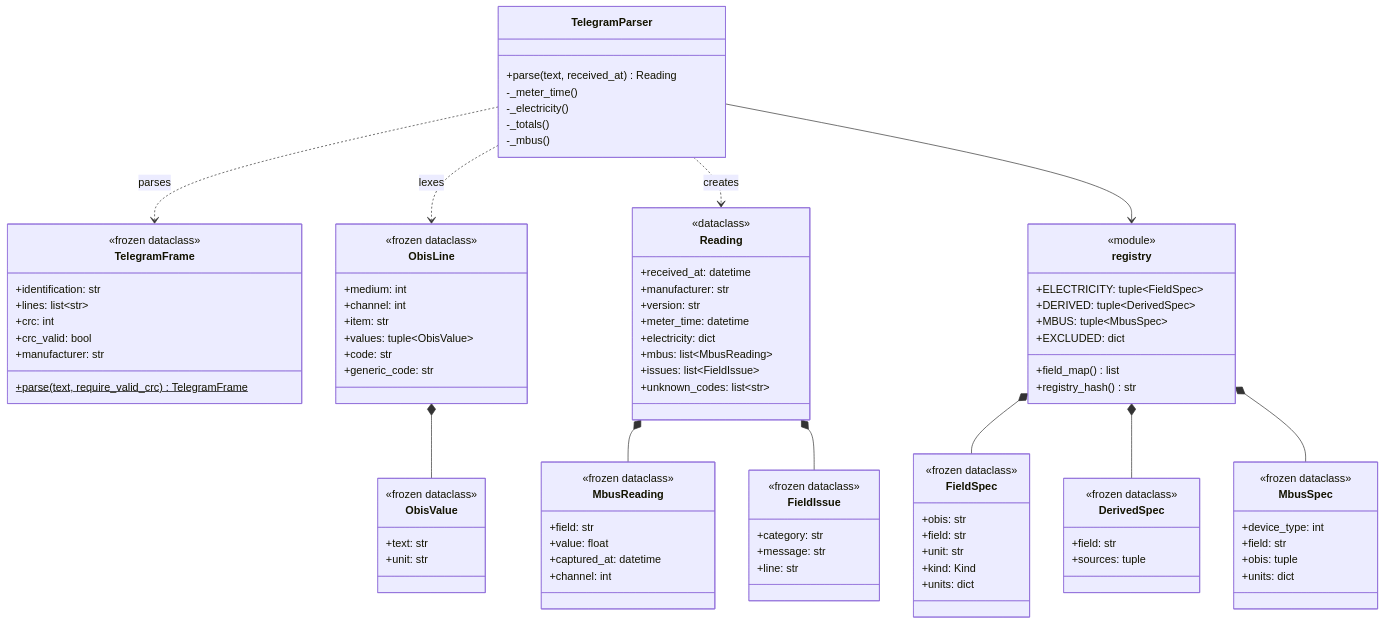
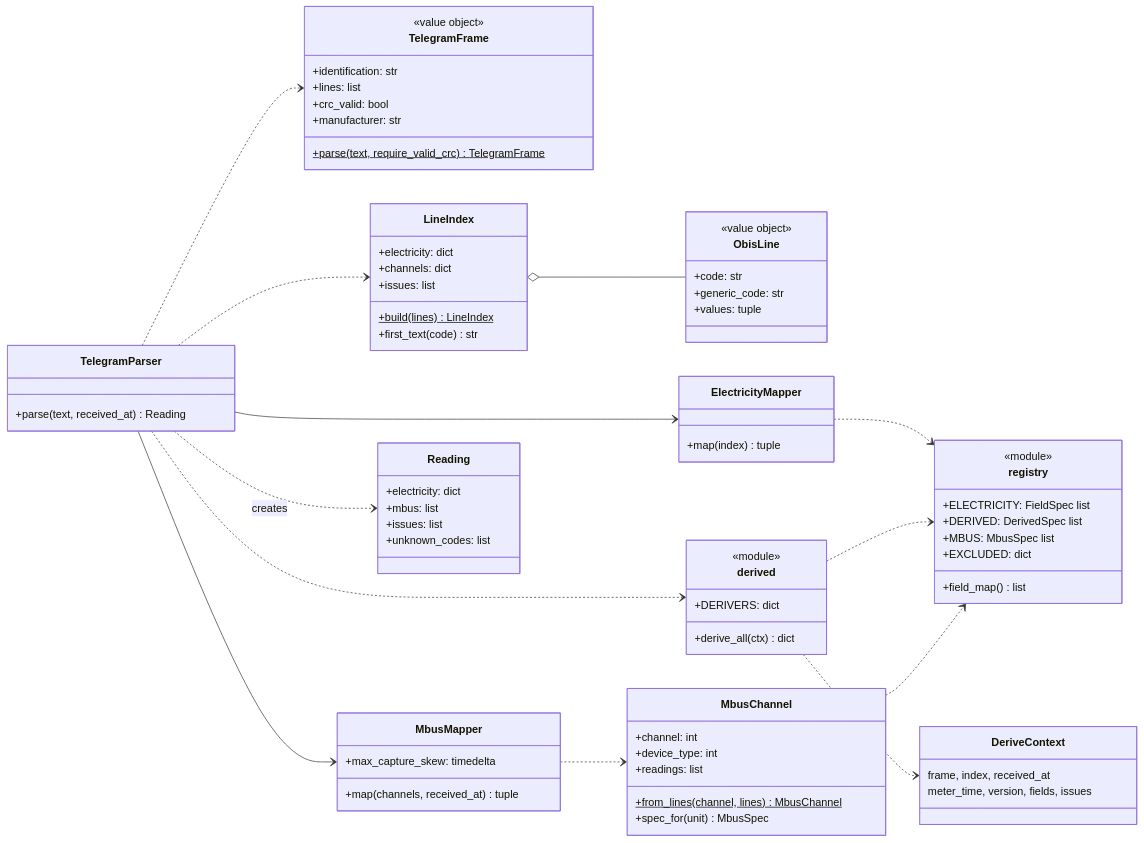
One commit to AvansETI/emon2influx-parser changed the third of 6 diagrams in doc/class-diagram.md. Above: the diagram before and after it, drawn with Mermaid. The commit also changed other lines of this file and 36 other files, not shown here.

````diff
--- a/doc/class-diagram.md
+++ b/doc/class-diagram.md
@@ -161,97 +137,78 @@
 ```mermaid
 classDiagram
+    direction LR
     class TelegramParser {
         +parse(text, received_at) Reading
-        -_meter_time()
-        -_electricity()
-        -_totals()
-        -_mbus()
     }
     class TelegramFrame {
-        <<frozen dataclass>>
+        <<value object>>
         +identification: str
-        +lines: list~str~
-        +crc: int
+        +lines: list
         +crc_valid: bool
         +manufacturer: str
         +parse(text, require_valid_crc)$ TelegramFrame
     }
+    class LineIndex {
+        +electricity: dict
+        +channels: dict
+        +issues: list
+        +build(lines)$ LineIndex
+        +first_text(code) str
+    }
     class ObisLine {
-        <<frozen dataclass>>
-        +medium: int
-        +channel: int
-        +item: str
-        +values: tuple~ObisValue~
+        <<value object>>
         +code: str
         +generic_code: str
+        +values: tuple
     }
-    class ObisValue {
-        <<frozen dataclass>>
-        +text: str
-        +unit: str
+    class ElectricityMapper {
+        +map(index) tuple
+    }
+    class derived {
+        <<module>>
+        +DERIVERS: dict
+        +derive_all(ctx) dict
+    }
+    class DeriveContext {
+        frame, index, received_at
+        meter_time, version, fields, issues
+    }
+    class MbusChannel {
+        +channel: int
+        +device_type: int
+        +readings: list
+        +from_lines(channel, lines)$ MbusChannel
+        +spec_for(unit) MbusSpec
+    }
+    class MbusMapper {
+        +max_capture_skew: timedelta
+        +map(channels, received_at) tuple
     }
     class Reading {
-        <<dataclass>>
-        +received_at: datetime
-        +manufacturer: str
-        +version: str
-        +meter_time: datetime
         +electricity: dict
-        +mbus: list~MbusReading~
-        +issues: list~FieldIssue~
-        +unknown_codes: list~str~
-    }
-    class MbusReading {
-        <<frozen dataclass>>
-        +field: str
-        +value: float
-        +captured_at: datetime
-        +channel: int
-    }
-    class FieldIssue {
-        <<frozen dataclass>>
-        +category: str
-        +message: str
-        +line: str
+        +mbus: list
+        +issues: list
+        +unknown_codes: list
     }
     class registry {
         <<module>>
-        +ELECTRICITY: tuple~FieldSpec~
-        +DERIVED: tuple~DerivedSpec~
-        +MBUS: tuple~MbusSpec~
+        +ELECTRICITY: FieldSpec list
+        +DERIVED: DerivedSpec list
+        +MBUS: MbusSpec list
         +EXCLUDED: dict
         +field_map() list
-        +registry_hash() str
-    }
-    class FieldSpec {
-        <<frozen dataclass>>
-        +obis: str
-        +field: str
-        +unit: str
-        +kind: Kind
-        +units: dict
-    }
-    class DerivedSpec {
-        <<frozen dataclass>>
-        +field: str
-        +sources: tuple
-    }
-    class MbusSpec {
-        <<frozen dataclass>>
-        +device_type: int
-        +field: str
-        +obis: tuple
-        +units: dict
     }
 
-    TelegramParser ..> TelegramFrame : parses
-    TelegramParser ..> ObisLine : lexes
-    ObisLine *-- ObisValue
+    TelegramParser ..> TelegramFrame
+    TelegramParser ..> LineIndex
+    LineIndex o-- ObisLine
+    TelegramParser --> ElectricityMapper
+    TelegramParser ..> derived
+    derived ..> DeriveContext
+    TelegramParser --> MbusMapper
+    MbusMapper ..> MbusChannel
     TelegramParser ..> Reading : creates
-    Reading *-- MbusReading
-    Reading *-- FieldIssue
-    TelegramParser --> registry
-    registry *-- FieldSpec
-    registry *-- DerivedSpec
-    registry *-- MbusSpec
+    ElectricityMapper ..> registry
+    derived ..> registry
+    MbusChannel ..> registry
 ```
````
